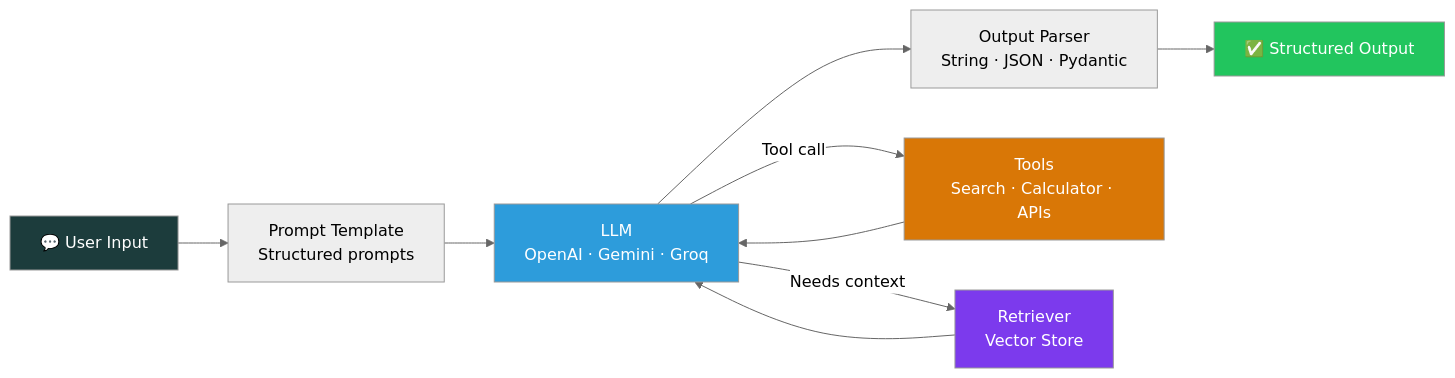
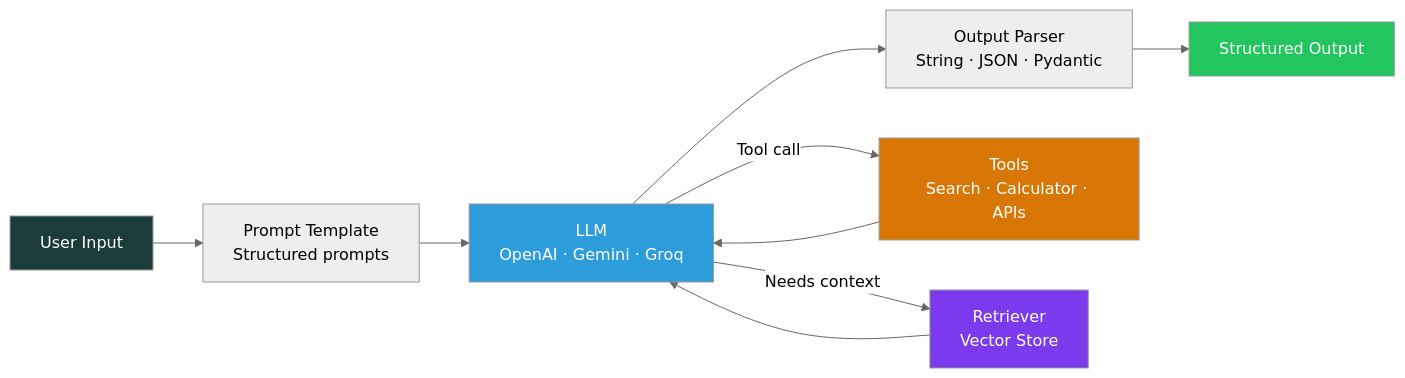
Before and after one commit to a-r-ashik/Agentic-AI-Frameworks: the first of 10 diagrams in README.md, drawn with Mermaid (neutral theme). The commit also changed other lines of this file, not shown here.

````diff
--- a/README.md
+++ b/README.md
@@ -83,19 +83,19 @@
 ```mermaid
 flowchart LR
-    A[💬 User Input] --> B[Prompt Template\nStructured prompts]
+    A[ User Input] --> B[Prompt Template\nStructured prompts]
     B --> C[LLM\nOpenAI · Gemini · Groq]
     C --> D[Output Parser\nString · JSON · Pydantic]
-    D --> E[✅ Structured Output]
+    D --> E[ Structured Output]
 
     C -->|Tool call| F[Tools\nSearch · Calculator · APIs]
     F --> C
 
     C -->|Needs context| G[Retriever\nVector Store]
     G --> C
 
     style A fill:#1C3C3C,color:#fff
     style C fill:#2D9CDB,color:#fff
     style E fill:#22C55E,color:#fff
     style F fill:#D97706,color:#fff
     style G fill:#7C3AED,color:#fff
 ```
````
